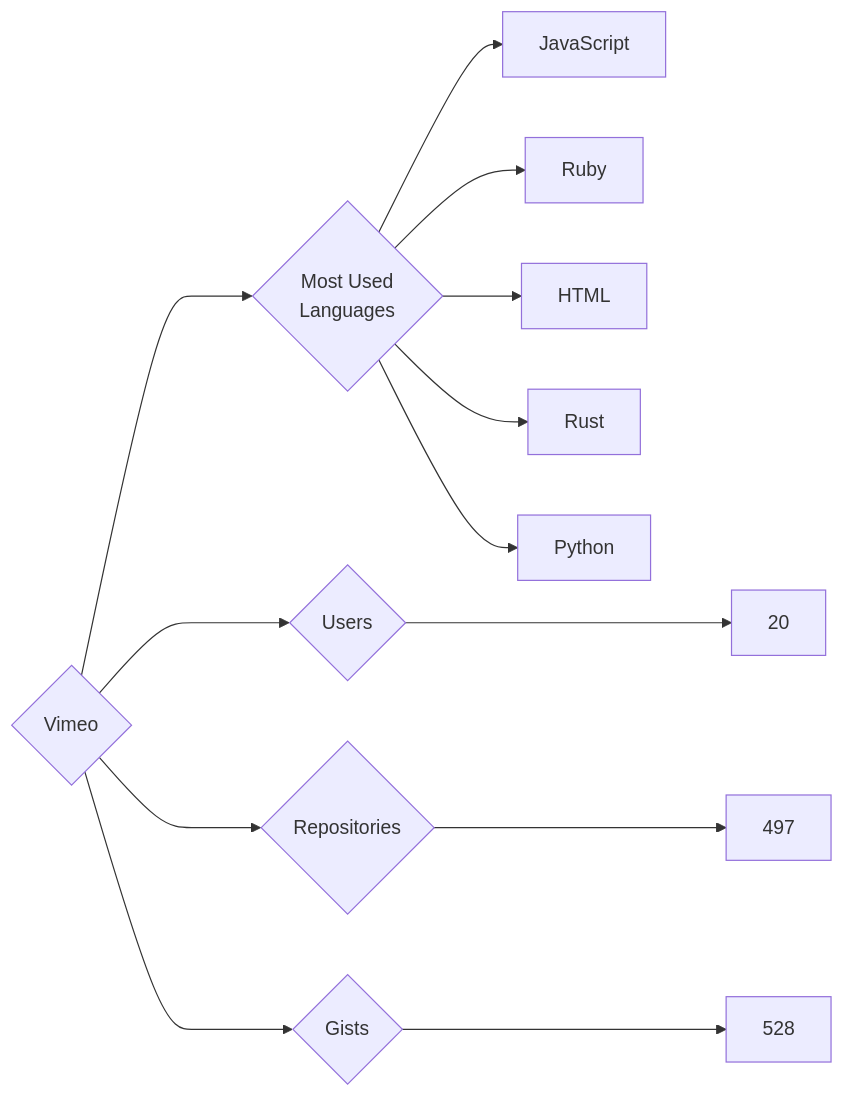
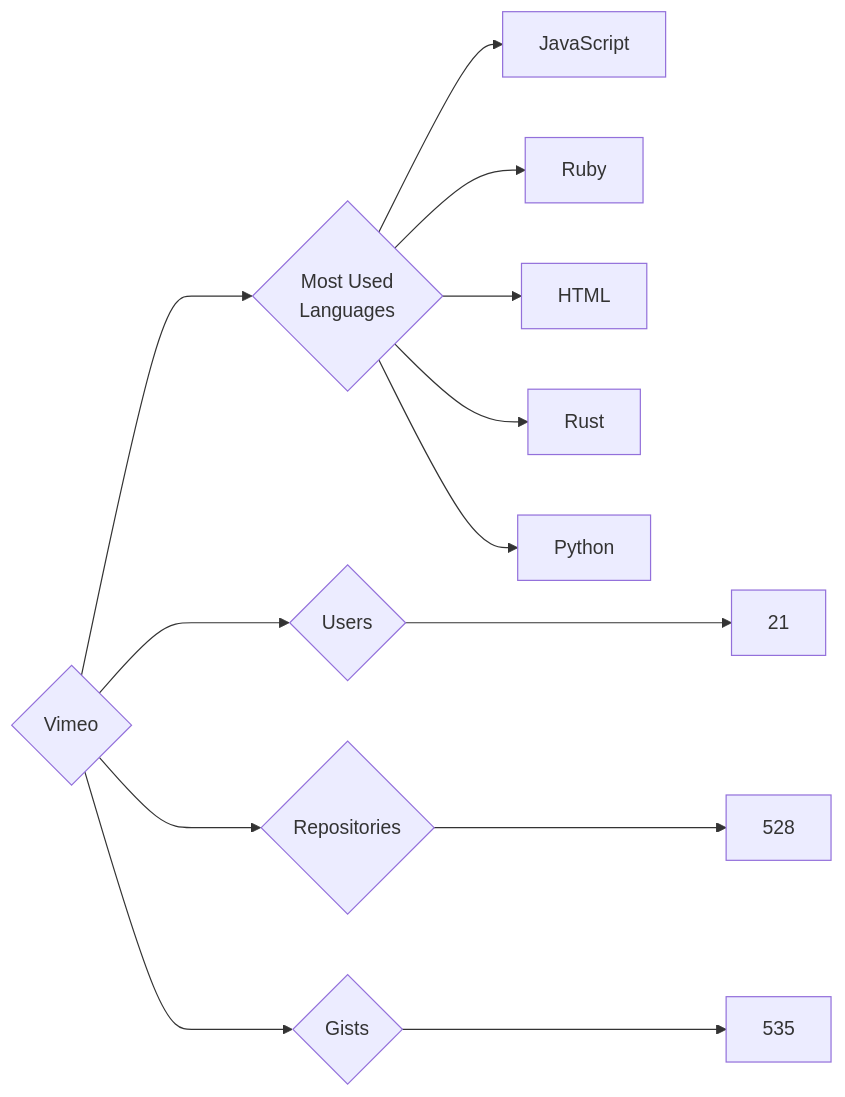
One commit to trickest/insiders changed the diagram in targets/Vimeo/README.md. Above: the diagram before and after it, drawn with Mermaid. The commit also changed 903 other files, not shown here.

````diff
--- a/targets/Vimeo/README.md
+++ b/targets/Vimeo/README.md
@@ -3,13 +3,13 @@
 ```mermaid
 graph LR
 COMPANY_NAME{Vimeo}
-COMPANY_NAME ---> U{Users} ---> UN[20]
-COMPANY_NAME ---> R{Repositories} ---> RN[497]
-COMPANY_NAME ---> G{Gists} ---> GN[528]
+COMPANY_NAME ---> U{Users} ---> UN[21]
+COMPANY_NAME ---> R{Repositories} ---> RN[528]
+COMPANY_NAME ---> G{Gists} ---> GN[535]
 COMPANY_NAME ---> ML{Most Used<br>Languages}
 ML --> JavaScript[JavaScript]
 ML --> Ruby[Ruby]
 ML --> HTML[HTML]
 ML --> Rust[Rust]
 ML --> Python[Python]
 ```
````
